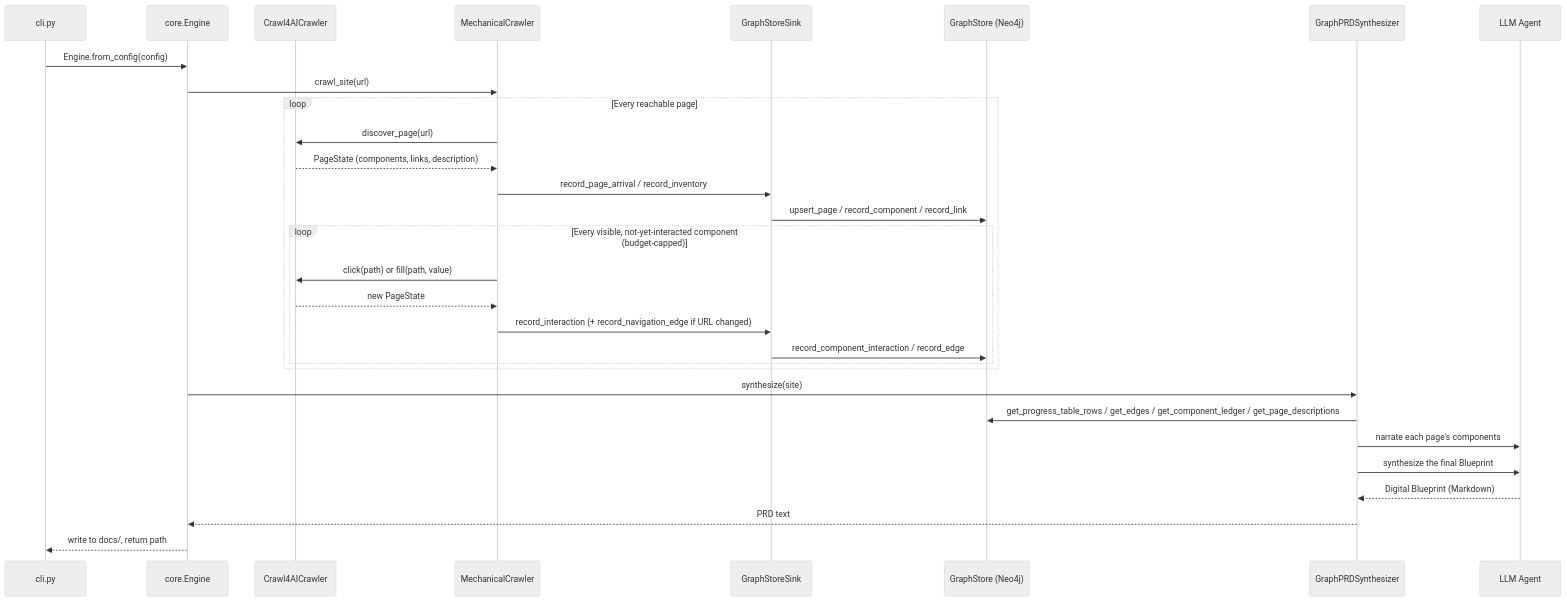
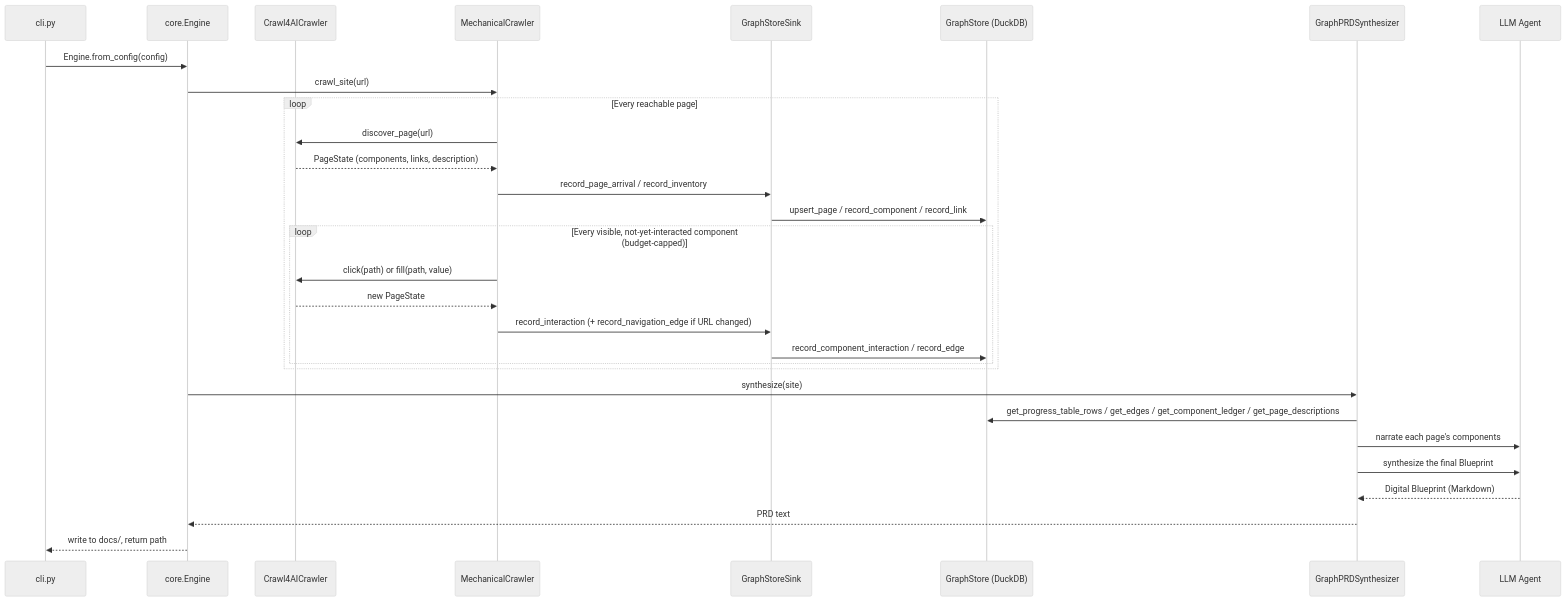
The diagram in ARCHITECTURE.md (ezequielrickert/pragma), drawn with Mermaid (neutral theme) before and after one commit. The commit also changed other lines of this file and 60 other files, not shown here.

````diff
--- a/ARCHITECTURE.md
+++ b/ARCHITECTURE.md
@@ -23,33 +24,33 @@
 ```mermaid
 sequenceDiagram
     participant CLI as cli.py
     participant Engine as core.Engine
     participant Crawler as Crawl4AICrawler
     participant Mech as MechanicalCrawler
     participant Sink as GraphStoreSink
-    participant Graph as GraphStore (Neo4j)
+    participant Graph as GraphStore (DuckDB)
     participant Synth as GraphPRDSynthesizer
     participant Agent as LLM Agent
 
     CLI->>Engine: Engine.from_config(config)
     Engine->>Mech: crawl_site(url)
     loop Every reachable page
         Mech->>Crawler: discover_page(url)
         Crawler-->>Mech: PageState (components, links, description)
         Mech->>Sink: record_page_arrival / record_inventory
         Sink->>Graph: upsert_page / record_component / record_link
         loop Every visible, not-yet-interacted component (budget-capped)
             Mech->>Crawler: click(path) or fill(path, value)
             Crawler-->>Mech: new PageState
             Mech->>Sink: record_interaction (+ record_navigation_edge if URL changed)
             Sink->>Graph: record_component_interaction / record_edge
         end
     end
     Engine->>Synth: synthesize(site)
     Synth->>Graph: get_progress_table_rows / get_edges / get_component_ledger / get_page_descriptions
     Synth->>Agent: narrate each page's components
     Synth->>Agent: synthesize the final Blueprint
     Agent-->>Synth: Digital Blueprint (Markdown)
     Synth-->>Engine: PRD text
     Engine-->>CLI: write to docs/, return path
 ```
````
